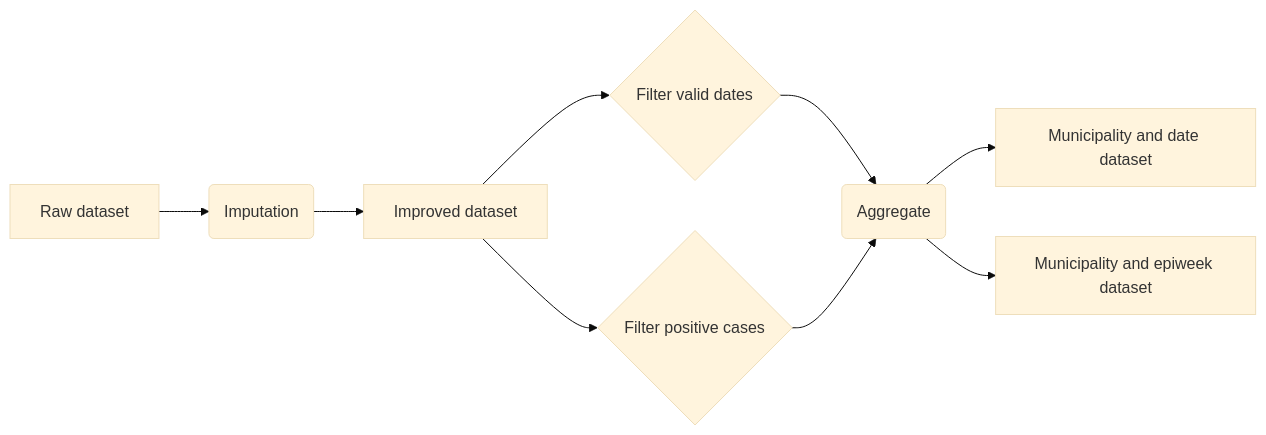
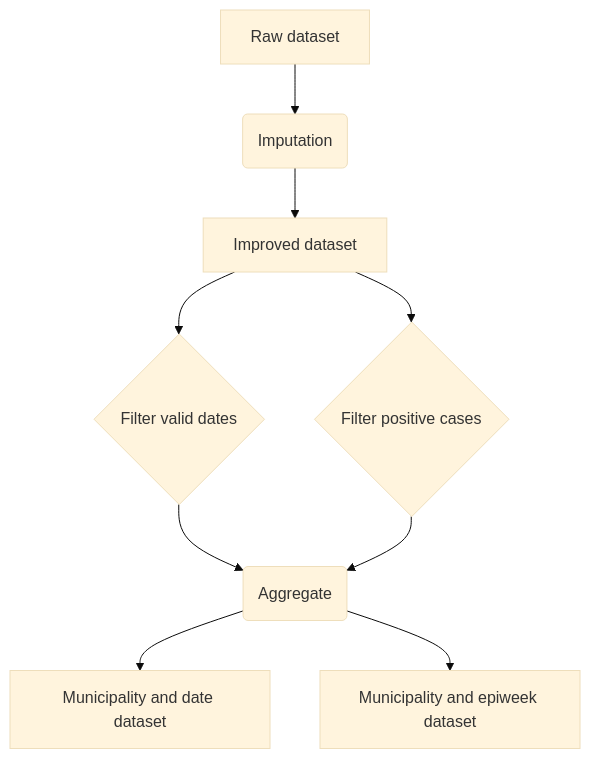
Before and after one commit to rfsaldanha/dengue: the diagram in dengue_data.qmd, drawn with Mermaid (base theme). The commit also changed 41 other files, not shown here.

````diff
--- a/dengue_data.qmd
+++ b/dengue_data.qmd
@@ -7,11 +7,11 @@
 ```{mermaid}
-flowchart LR
+flowchart TD
   A[Raw dataset] --> B(Imputation)
   B --> C[Improved dataset]
   C --> D{Filter valid dates}
   C --> E{Filter positive cases}
   D --> F(Aggregate)
   E --> F
   F --> G[Municipality and date dataset]
   F --> H[Municipality and epiweek dataset]
 ```
````
